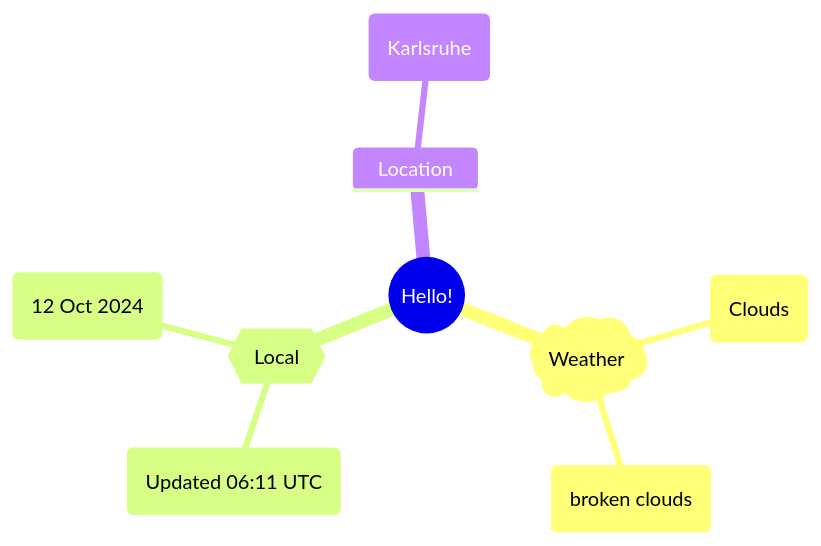
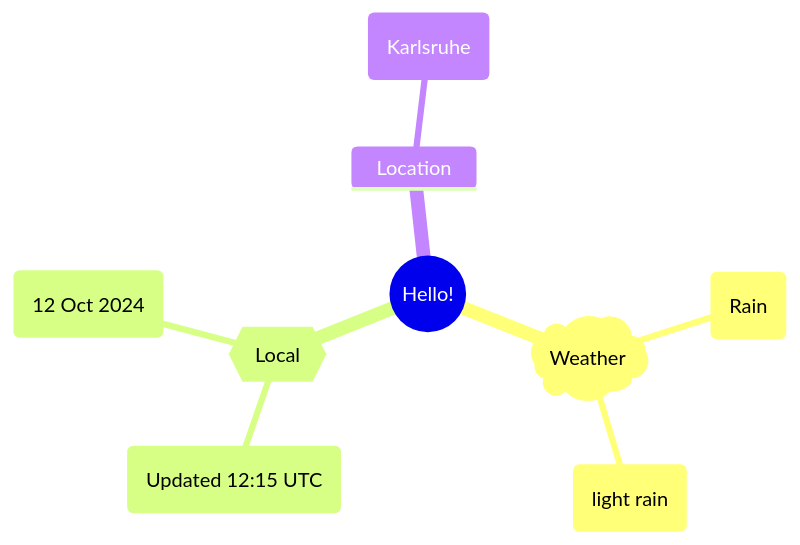
The first of 2 diagrams in README.md (Xosrov/Xosrov), drawn with Mermaid before and after one commit.

Commit message:
[bot] updated images

````diff
--- a/README.md
+++ b/README.md
@@ -3,12 +3,12 @@
 ```mermaid
 mindmap
   root((Hello!))
     )Weather(
-        (Clouds)
-        (broken clouds)
+        (Rain)
+        (light rain)
     {{Local}}
-        (Updated 06:11 UTC)
+        (Updated 12:15 UTC)
         (12 Oct 2024)
     Location
         (Karlsruhe)
 ```
````
